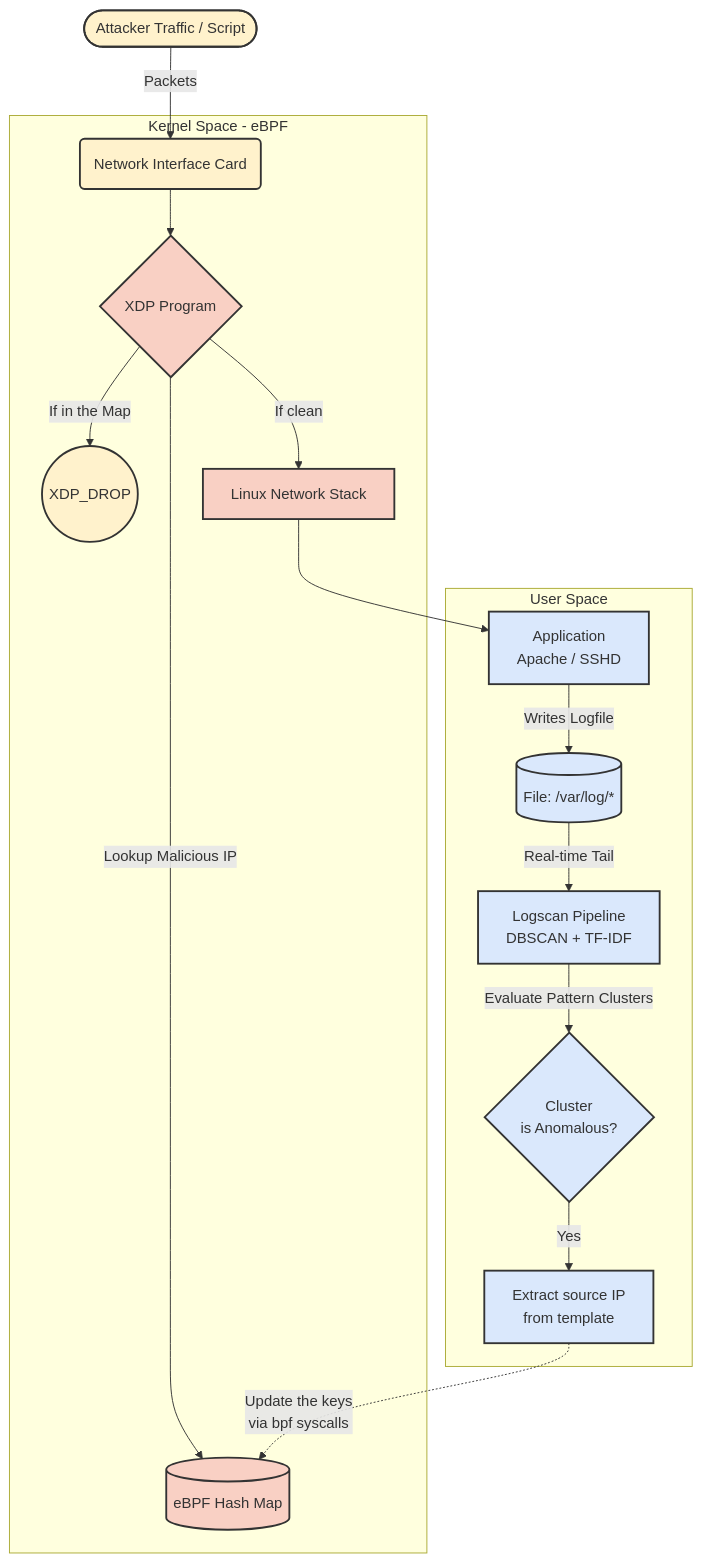
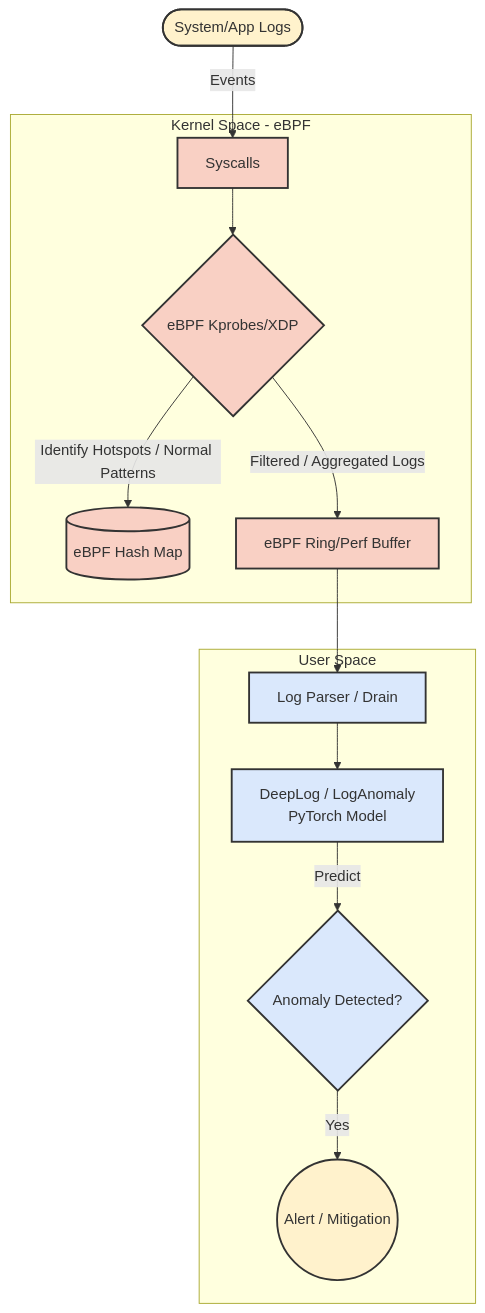
The diagram in README.md (alan-saar/Logscan-XDP), drawn with Mermaid before and after one commit. The commit also changed other lines of this file and 1 other file, not shown here.

Commit message:
feat: add logdeep submodule and update project architecture to support deep learning-based log anomaly detection

````diff
--- a/README.md
+++ b/README.md
@@ -21,26 +21,23 @@
 ```mermaid
 graph TD;
     classDef kernel fill:#f9d0c4,stroke:#333,stroke-width:2px;
     classDef user fill:#dae8fc,stroke:#333,stroke-width:2px;
     classDef external fill:#fff2cc,stroke:#333,stroke-width:2px;
 
-    Attacker([Attacker Traffic / Script]) -->|Packets| NIC(Network Interface Card):::kernel
+    LogSource([System/App Logs]) -->|Events| Syscalls:::kernel
 
     subgraph Kernel Space [Kernel Space - eBPF]
-        NIC --> XDPProg{XDP Program}:::kernel
-        XDPProg -->|Lookup Malicious IP | BPFMap[(eBPF Hash Map)]:::kernel
-        XDPProg -- If in the Map --> DropPacket((XDP_DROP <br/>)):::kernel
-        XDPProg -- If clean --> NetStack[Linux Network Stack]:::kernel
+        Syscalls --> eBPFProg{eBPF Kprobes/XDP}:::kernel
+        eBPFProg -->|Identify Hotspots / Normal Patterns| BPFMap[(eBPF Hash Map)]:::kernel
+        eBPFProg -- Filtered / Aggregated Logs --> PerfBuffer[eBPF Ring/Perf Buffer]:::kernel
     end
 
     subgraph User Space [User Space]
-        NetStack --> App[Application <br/> Apache / SSHD]:::user
-        App -->|Writes Logfile| LogFile[(File: /var/log/*)]:::user
-        LogFile -->|Real-time Tail| LogScan[Logscan Pipeline <br/> DBSCAN + TF-IDF]:::user
-        LogScan -->|Evaluate Pattern Clusters| AnomalyDetect{Cluster <br/> is Anomalous?}:::user
-        AnomalyDetect -- Yes --> ExtractIP[Extract source IP <br/> from template]:::user
-        ExtractIP -.-> |Update the keys <br/> via bpf syscalls| BPFMap
+        PerfBuffer --> LogParser[Log Parser / Drain]:::user
+        LogParser --> DeepLog[DeepLog / LogAnomaly <br/> PyTorch Model]:::user
+        DeepLog -->|Predict| AnomalyDetect{Anomaly Detected?}:::user
+        AnomalyDetect -- Yes --> Alert((Alert / Mitigation)):::user
     end
 
-    class Attacker,NIC,DropPacket external;
+    class LogSource,Alert external;
 ```
````
